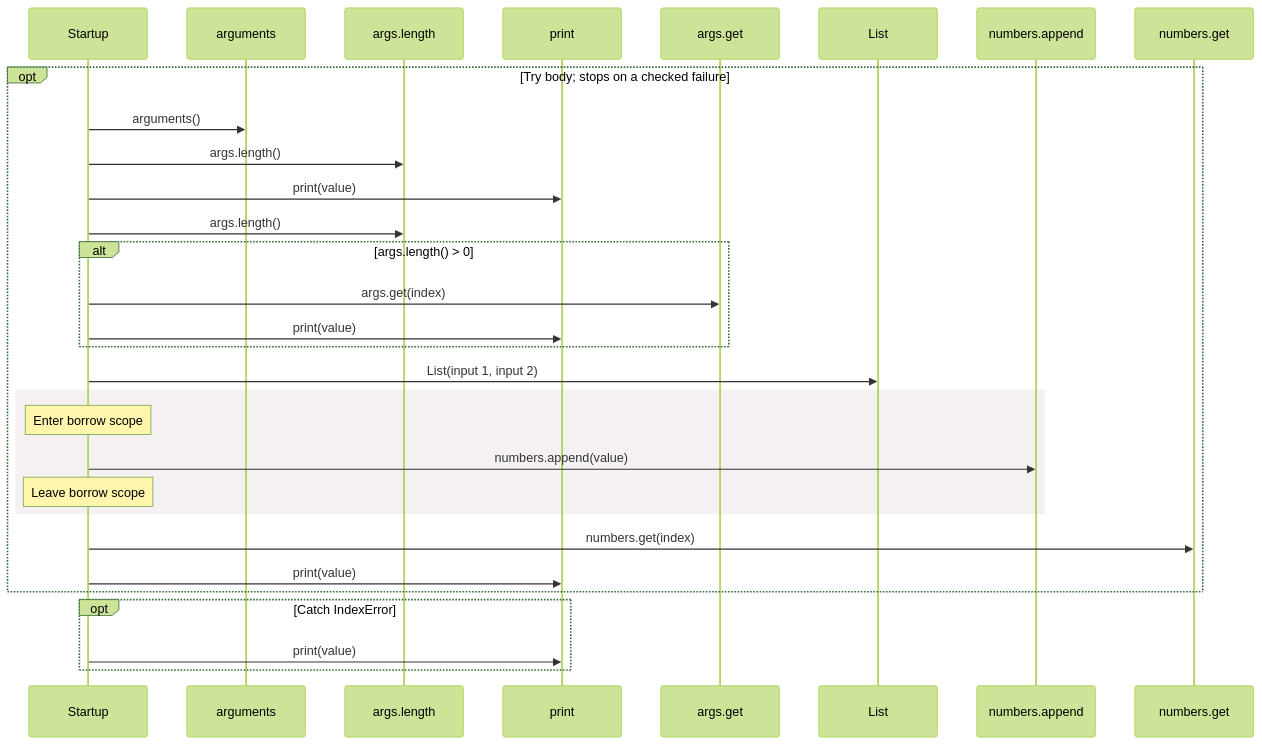
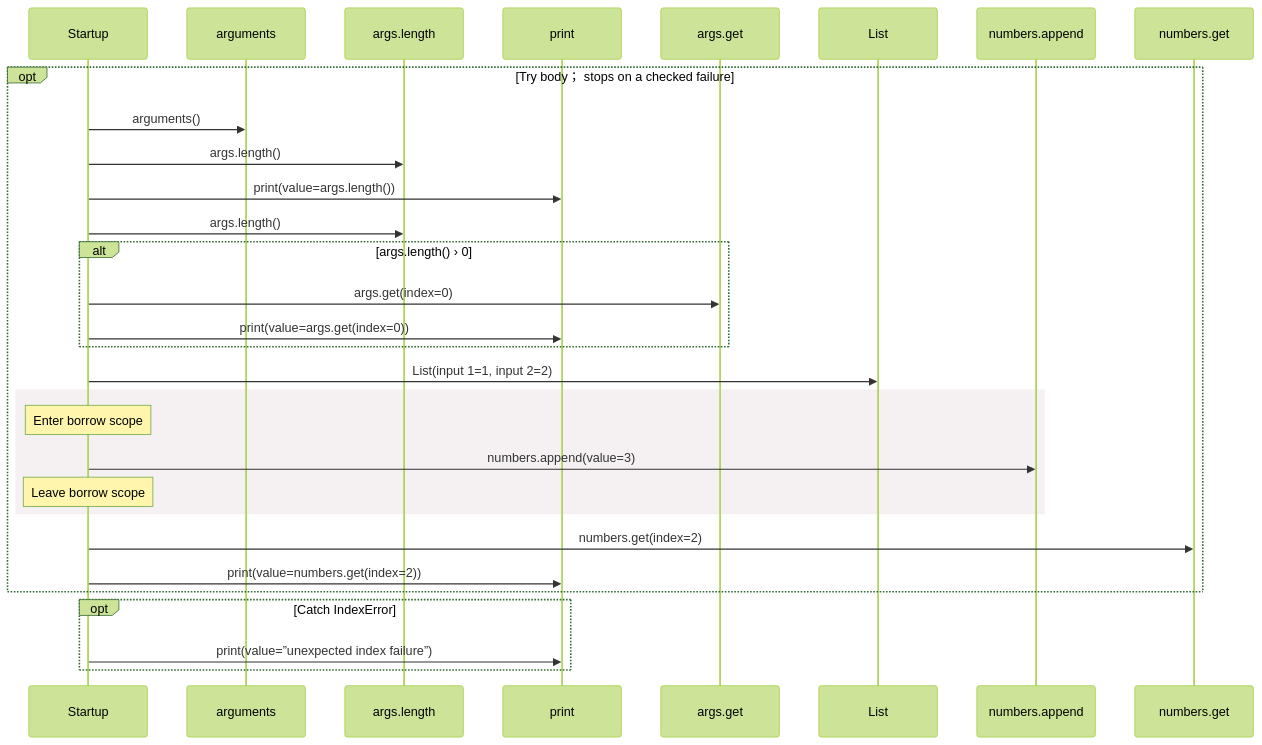
Before and after one commit to GreenPandaStudios/augscript: the diagram in docs/examples/cli-args/main-diagrams.md, drawn with Mermaid (forest theme). The commit also changed other lines of this file and 524 other files, not shown here.

Commit message:
Explain checked data flow at folder and service levels

````diff
--- a/docs/examples/cli-args/main-diagrams.md
+++ b/docs/examples/cli-args/main-diagrams.md
@@ -35,32 +28,32 @@
 ```mermaid
 sequenceDiagram
     participant p0 as Startup
     participant p1 as arguments
     participant p2 as args.length
     participant p3 as print
     participant p4 as args.get
     participant p5 as List
     participant p6 as numbers.append
     participant p7 as numbers.get
-    opt Try body#59; stops on a checked failure
+    opt Try body； stops on a checked failure
     p0->>p1: arguments()
     p0->>p2: args.length()
-    p0->>p3: print(value)
+    p0->>p3: print(value=args.length())
     p0->>p2: args.length()
-    alt args.length() #62; 0
-    p0->>p4: args.get(index)
-    p0->>p3: print(value)
+    alt args.length() › 0
+    p0->>p4: args.get(index=0)
+    p0->>p3: print(value=args.get(index=0))
     end
-    p0->>p5: List(input 1, input 2)
+    p0->>p5: List(input 1=1, input 2=2)
     rect rgb(245, 240, 241)
     Note over p0: Enter borrow scope
-    p0->>p6: numbers.append(value)
+    p0->>p6: numbers.append(value=3)
     Note over p0: Leave borrow scope
     end
-    p0->>p7: numbers.get(index)
-    p0->>p3: print(value)
+    p0->>p7: numbers.get(index=2)
+    p0->>p3: print(value=numbers.get(index=2))
     end
     opt Catch IndexError
-    p0->>p3: print(value)
+    p0->>p3: print(value=”unexpected index failure”)
     end
 ```
````
